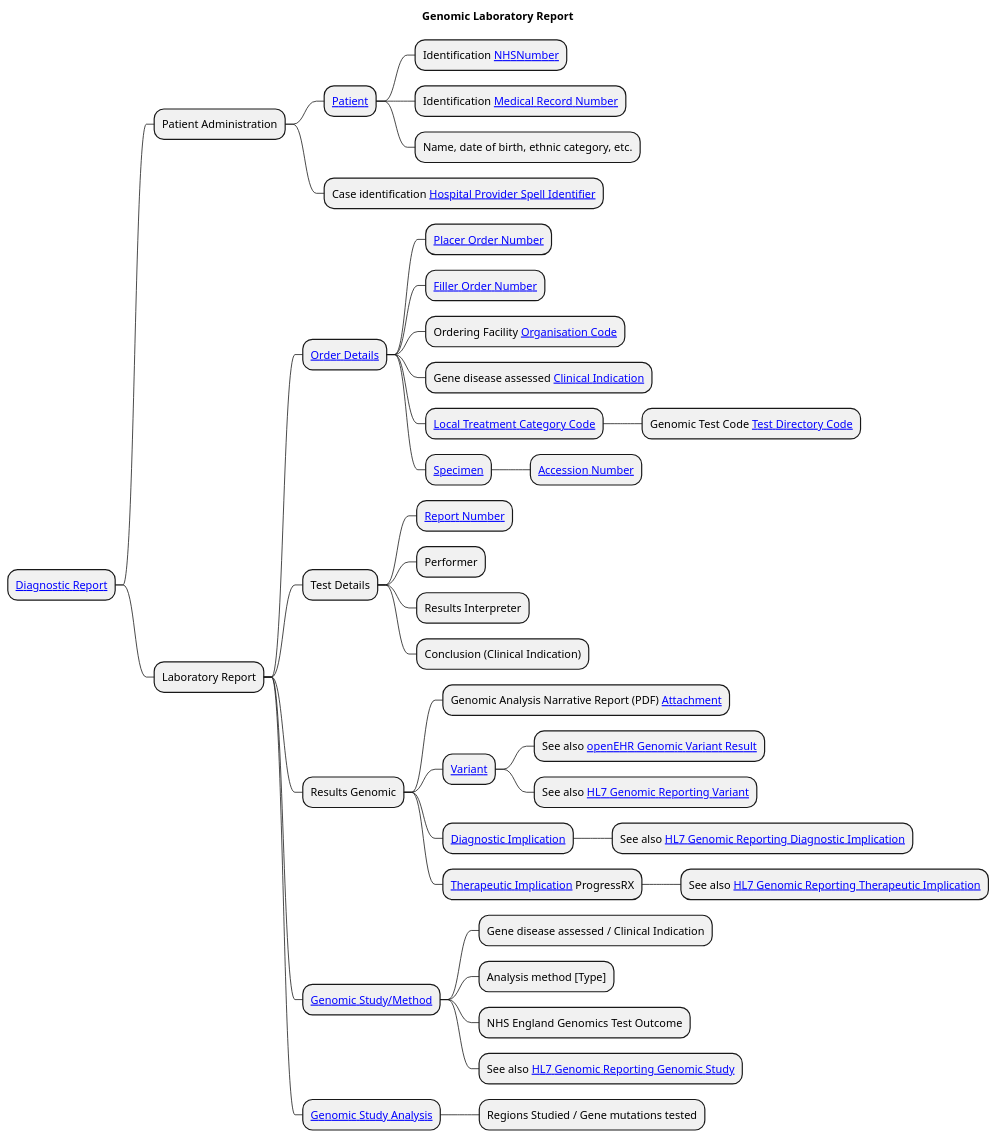
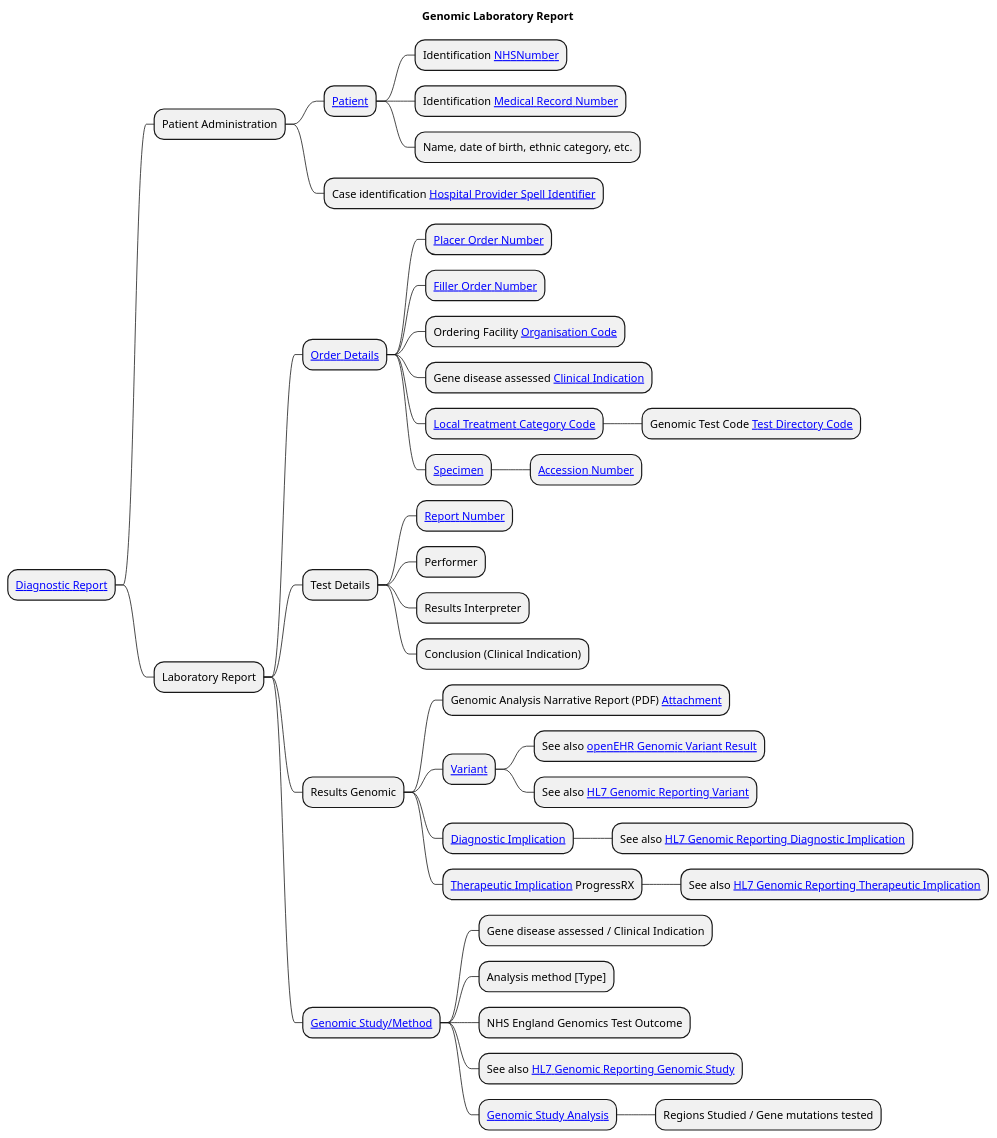
The diagram in input/images-source/LaboratoryReport-mindmap.plantuml (uk-gov-mirror/nw-gmsa.nw-gmsa.github.com), drawn with PlantUML before and after one commit. The commit also changed 1 other file, not shown here.

```diff
--- a/input/images-source/LaboratoryReport-mindmap.plantuml
+++ b/input/images-source/LaboratoryReport-mindmap.plantuml
@@ -1,44 +1,44 @@
 @startmindmap
 
 title "Genomic Laboratory Report"
 
 * [[StructureDefinition-DiagnosticReport.html Diagnostic Report]]
 ** Patient Administration
 *** [[StructureDefinition-Patient.html Patient]]
 **** Identification [[StructureDefinition-NHSNumber.html NHSNumber]]
 **** Identification [[StructureDefinition-MedicalRecordNumber.html Medical Record Number]]
 **** Name, date of birth, ethnic category, etc.
 *** Case identification [[StructureDefinition-HospitalProviderSpellIdentifier.html Hospital Provider Spell Identifier]]
 ** Laboratory Report
 *** [[Questionnaire-GenomicTestOrder.html Order Details]]
 **** [[StructureDefinition-PlacerOrderNumber.html Placer Order Number]]
 **** [[StructureDefinition-FillerOrderNumber.html Filler Order Number]]
 **** Ordering Facility [[StructureDefinition-OrganisationCode.html Organisation Code]]
 **** Gene disease assessed [[CodeSystem-GenomicClinicalIndication.html Clinical Indication]]
 **** [[https://www.datadictionary.nhs.uk/data_elements/local_treatment_category_code.html Local Treatment Category Code]]
 ***** Genomic Test Code [[CodeSystem-GenomicTestCode.html Test Directory Code]]
 **** [[StructureDefinition-Specimen.html Specimen]]
 ***** [[StructureDefinition-AccessionNumber.html Accession Number]]
 *** Test Details
 **** [[StructureDefinition-ReportNumber.html Report Number]]
 **** Performer
 **** Results Interpreter
 **** Conclusion (Clinical Indication)
 *** Results Genomic
 **** Genomic Analysis Narrative Report (PDF) [[StructureDefinition-NWAttachment.html Attachment]]
 **** [[StructureDefinition-Observation-Variant.html Variant]]
 ***** See also [[https://ckm.openehr.org/ckm/archetypes/1013.1.3759/mindmap openEHR Genomic Variant Result]]
 ***** See also [[https://build.fhir.org/ig/HL7/genomics-reporting/StructureDefinition-variant.html HL7 Genomic Reporting Variant]]
 **** [[StructureDefinition-Observation-DiagnosticImplication.html Diagnostic Implication]]
 ***** See also [[https://build.fhir.org/ig/HL7/genomics-reporting/StructureDefinition-diagnostic-implication.html HL7 Genomic Reporting Diagnostic Implication]]
 **** [[StructureDefinition-Observation-TherapeuticImplication.html Therapeutic Implication]] ProgressRX
 ***** See also [[https://build.fhir.org/ig/HL7/genomics-reporting/StructureDefinition-therapeutic-implication.html HL7 Genomic Reporting Therapeutic Implication]]
 *** [[StructureDefinition-Procedure-GenomicStudy.html Genomic Study/Method]]
 **** Gene disease assessed / Clinical Indication
 **** Analysis method [Type]
 **** NHS England Genomics Test Outcome
 **** See also [[https://build.fhir.org/ig/HL7/genomics-reporting/StructureDefinition-genomic-study.html HL7 Genomic Reporting Genomic Study]]
-*** [[https://build.fhir.org/ig/HL7/genomics-reporting/StructureDefinition-genomic-study-analysis.html Genomic Study Analysis]]
-**** Regions Studied / Gene mutations tested
+**** [[https://build.fhir.org/ig/HL7/genomics-reporting/StructureDefinition-genomic-study-analysis.html Genomic Study Analysis]]
+***** Regions Studied / Gene mutations tested
 
 @endmindmap
```
